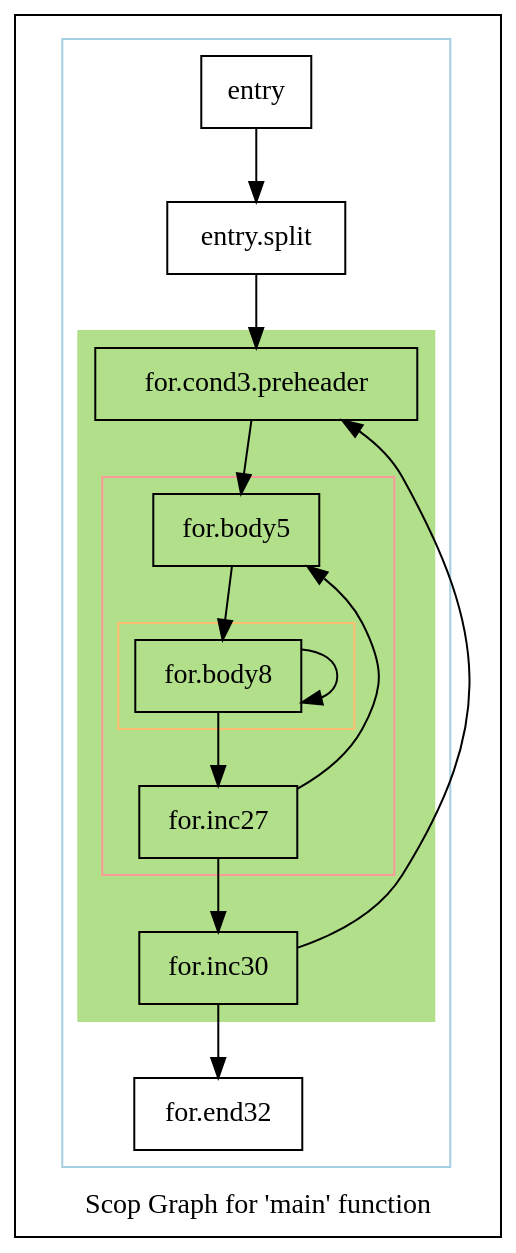
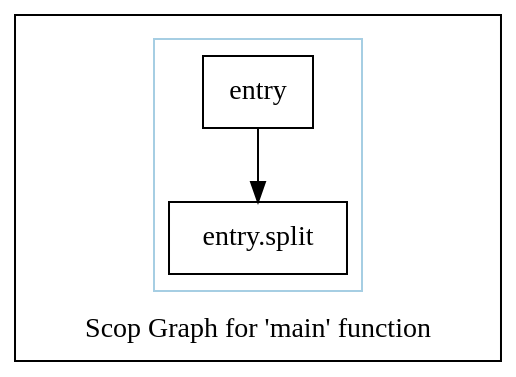
Before and after one commit to samminweng/WhileyOpenCL: the diagram in polly/MatrixMult/impl/handwritten2/dot-only/scopsonly.main.dot, drawn with Graphviz. The commit also changed 167 other files, not shown here.

```diff
--- a/polly/MatrixMult/impl/handwritten2/dot-only/scopsonly.main.dot
+++ b/polly/MatrixMult/impl/handwritten2/dot-only/scopsonly.main.dot
@@ -1,50 +1,15 @@
 digraph "Scop Graph for 'main' function" {
 	label="Scop Graph for 'main' function";
 
-	Node0x5bd61b0 [shape=record,label="{entry}"];
-	Node0x5bd61b0 -> Node0x5bd97b0;
-	Node0x5bd97b0 [shape=record,label="{entry.split}"];
-	Node0x5bd97b0 -> Node0x5bdb050;
-	Node0x5bdb050 [shape=record,label="{for.cond3.preheader}"];
-	Node0x5bdb050 -> Node0x5bdb1c0;
-	Node0x5bdb1c0 [shape=record,label="{for.body5}"];
-	Node0x5bdb1c0 -> Node0x5bdb1e0;
-	Node0x5bdb1e0 [shape=record,label="{for.body8}"];
-	Node0x5bdb1e0 -> Node0x5bdb1e0[constraint=false];
-	Node0x5bdb1e0 -> Node0x5bdb0f0;
-	Node0x5bdb0f0 [shape=record,label="{for.inc27}"];
-	Node0x5bdb0f0 -> Node0x5bdb1c0[constraint=false];
-	Node0x5bdb0f0 -> Node0x5bdb200;
-	Node0x5bdb200 [shape=record,label="{for.inc30}"];
-	Node0x5bdb200 -> Node0x5bdb050[constraint=false];
-	Node0x5bdb200 -> Node0x5bdb110;
-	Node0x5bdb110 [shape=record,label="{for.end32}"];
+	Node0x4fd84b0 [shape=record,label="{entry}"];
+	Node0x4fd84b0 -> Node0x4fd8530;
+	Node0x4fd8530 [shape=record,label="{entry.split}"];
 	colorscheme = "paired12"
-        subgraph cluster_0x5bd6c50 {
+        subgraph cluster_0x4fd8380 {
           label = "";
           style = solid;
           color = 1
-          subgraph cluster_0x5bb24a0 {
-            label = "";
-            style = filled;
-            color = 3            subgraph cluster_0x5bd6cd0 {
-              label = "";
-              style = solid;
-              color = 5
-              subgraph cluster_0x5bb2420 {
-                label = "";
-                style = solid;
-                color = 7
-                Node0x5bdb1e0;
-              }
-              Node0x5bdb1c0;
-              Node0x5bdb0f0;
-            }
-            Node0x5bdb050;
-            Node0x5bdb200;
-          }
-          Node0x5bd61b0;
-          Node0x5bd97b0;
-          Node0x5bdb110;
+          Node0x4fd84b0;
+          Node0x4fd8530;
         }
 }
```
